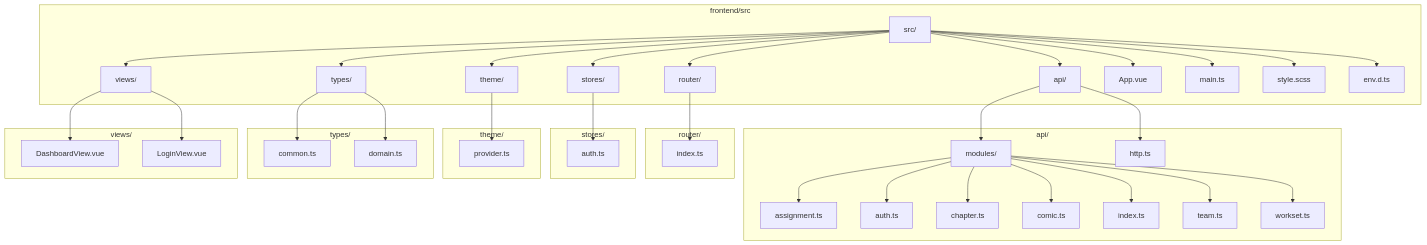
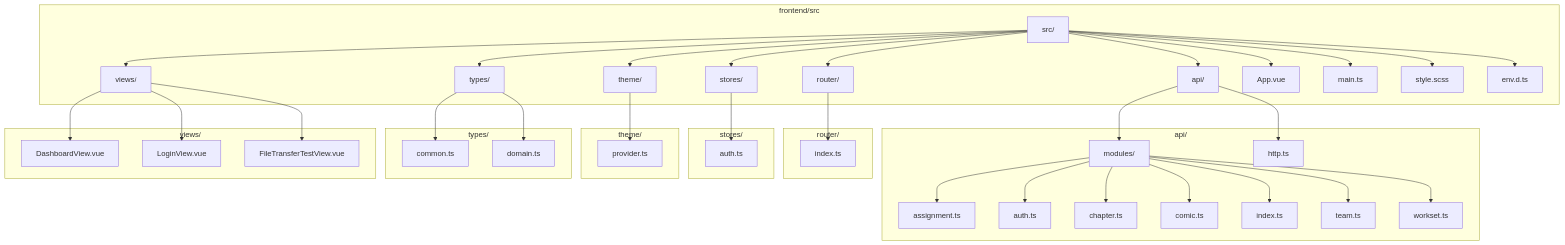
The first of 14 diagrams in .qoder/repowiki/zh/content/前端应用架构/Vue 应用结构.md (ATOMLubover/poprako), drawn with Mermaid before and after one commit. The commit also changed other lines of this file and 5 other files, not shown here.

````diff
--- a/.qoder/repowiki/zh/content/前端应用架构/Vue 应用结构.md
+++ b/.qoder/repowiki/zh/content/前端应用架构/Vue 应用结构.md
@@ -42,43 +52,44 @@
 ```mermaid
 graph TB
 subgraph "frontend/src"
 A[src/] --> B[api/]
 A --> C[router/]
 A --> D[stores/]
 A --> E[theme/]
 A --> F[types/]
 A --> G[views/]
 A --> H[App.vue]
 A --> I[main.ts]
 A --> J[style.scss]
 A --> K[env.d.ts]
 end
 subgraph "api/"
 B --> B1[modules/]
 B1 --> B2[assignment.ts]
 B1 --> B3[auth.ts]
 B1 --> B4[chapter.ts]
 B1 --> B5[comic.ts]
 B1 --> B6[index.ts]
 B1 --> B7[team.ts]
 B1 --> B8[workset.ts]
 B --> B9[http.ts]
 end
 subgraph "router/"
 C --> C1[index.ts]
 end
 subgraph "stores/"
 D --> D1[auth.ts]
 end
 subgraph "theme/"
 E --> E1[provider.ts]
 end
 subgraph "types/"
 F --> F1[common.ts]
 F --> F2[domain.ts]
 end
 subgraph "views/"
 G --> G1[DashboardView.vue]
 G --> G2[LoginView.vue]
+G --> G3[FileTransferTestView.vue]
 end
 ```
````
